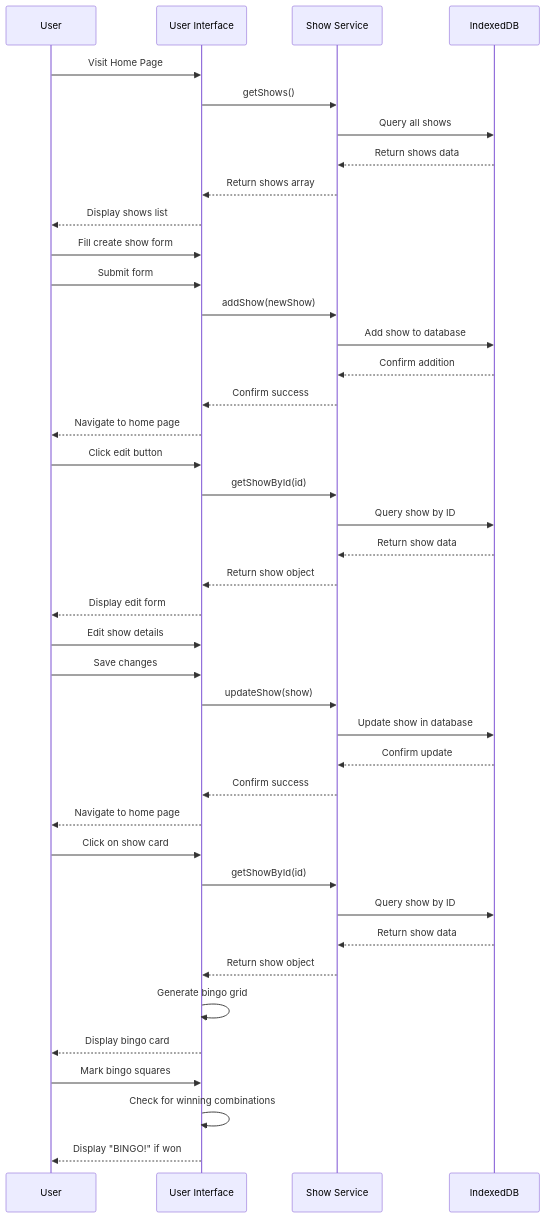
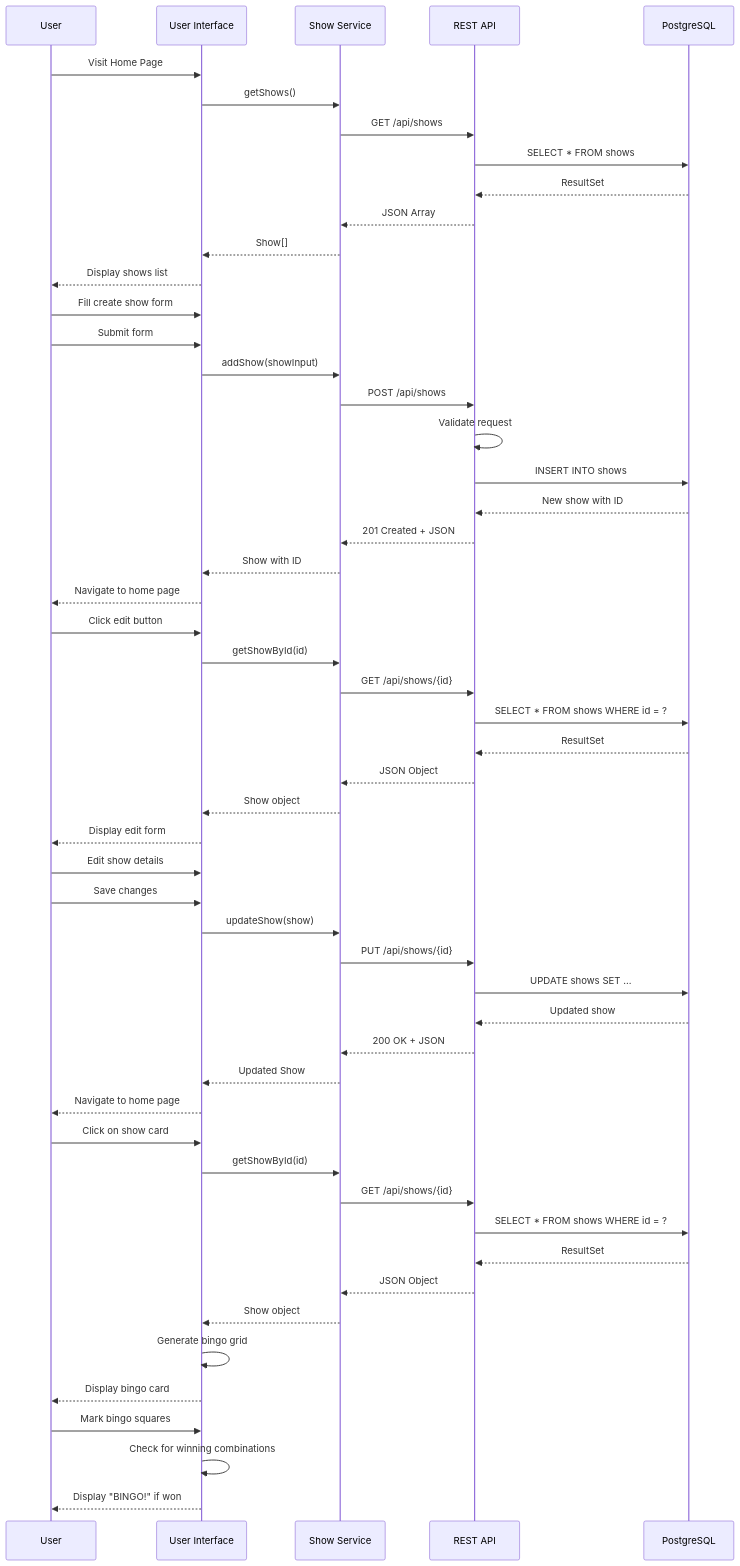
One commit to martinbo66/tv-bingo changed the third of 6 diagrams in vue-tvbingo/doc/overview.md. Above: the diagram before and after it, drawn with Mermaid. The commit also changed other lines of this file and 8 other files, not shown here.

First line of the commit message:
Add environment example file and update architecture documentation

````diff
--- a/vue-tvbingo/doc/overview.md
+++ b/vue-tvbingo/doc/overview.md
@@ -104,51 +112,63 @@
 ```mermaid
 sequenceDiagram
     participant User
     participant UI as User Interface
     participant Service as Show Service
-    participant DB as IndexedDB
+    participant API as REST API
+    participant DB as PostgreSQL
     
     %% Load Shows List
     User->>UI: Visit Home Page
     UI->>Service: getShows()
-    Service->>DB: Query all shows
-    DB-->>Service: Return shows data
-    Service-->>UI: Return shows array
+    Service->>API: GET /api/shows
+    API->>DB: SELECT * FROM shows
+    DB-->>API: ResultSet
+    API-->>Service: JSON Array
+    Service-->>UI: Show[]
     UI-->>User: Display shows list
     
     %% Create Show
     User->>UI: Fill create show form
     User->>UI: Submit form
-    UI->>Service: addShow(newShow)
-    Service->>DB: Add show to database
-    DB-->>Service: Confirm addition
-    Service-->>UI: Confirm success
+    UI->>Service: addShow(showInput)
+    Service->>API: POST /api/shows
+    API->>API: Validate request
+    API->>DB: INSERT INTO shows
+    DB-->>API: New show with ID
+    API-->>Service: 201 Created + JSON
+    Service-->>UI: Show with ID
     UI-->>User: Navigate to home page
     
     %% Edit Show
     User->>UI: Click edit button
     UI->>Service: getShowById(id)
-    Service->>DB: Query show by ID
-    DB-->>Service: Return show data
-    Service-->>UI: Return show object
+    Service->>API: GET /api/shows/{id}
+    API->>DB: SELECT * FROM shows WHERE id = ?
+    DB-->>API: ResultSet
+    API-->>Service: JSON Object
+    Service-->>UI: Show object
     UI-->>User: Display edit form
     User->>UI: Edit show details
     User->>UI: Save changes
     UI->>Service: updateShow(show)
-    Service->>DB: Update show in database
-    DB-->>Service: Confirm update
-    Service-->>UI: Confirm success
+    Service->>API: PUT /api/shows/{id}
+    API->>DB: UPDATE shows SET ...
+    DB-->>API: Updated show
+    API-->>Service: 200 OK + JSON
+    Service-->>UI: Updated Show
     UI-->>User: Navigate to home page
     
     %% Play Bingo
     User->>UI: Click on show card
     UI->>Service: getShowById(id)
-    Service->>DB: Query show by ID
-    DB-->>Service: Return show data
-    Service-->>UI: Return show object
+    Service->>API: GET /api/shows/{id}
+    API->>DB: SELECT * FROM shows WHERE id = ?
+    DB-->>API: ResultSet
+    API-->>Service: JSON Object
+    Service-->>UI: Show object
     UI->>UI: Generate bingo grid
     UI-->>User: Display bingo card
     User->>UI: Mark bingo squares
     UI->>UI: Check for winning combinations
     UI-->>User: Display "BINGO!" if won
 ```
````
